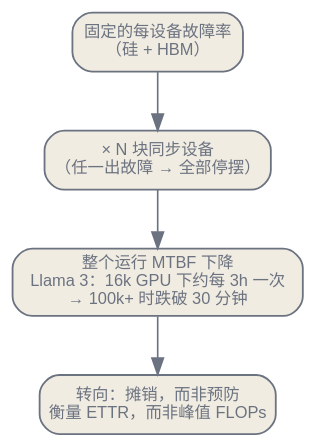
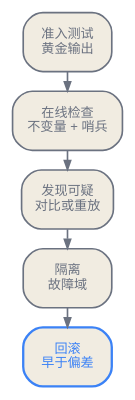
One commit to latere-ai/ai-as-an-infrastructure changed the fourth of 5 diagrams in zh/infrastructure/08-the-machine-that-breaks.qmd. Above: the diagram before and after it, drawn with Graphviz. The commit also changed other lines of this file and 1 other file, not shown here.

````diff
--- a/zh/infrastructure/08-the-machine-that-breaks.qmd
+++ b/zh/infrastructure/08-the-machine-that-breaks.qmd
@@ -13,17 +189,16 @@
 ```{dot}
-//| label: fig-machine-mtbf
-//| fig-cap: "为什么稳态就是故障。一个固定的每设备故障率，乘上一个 N 块设备的同步运行，把整个运行的平均无故障时间压到恢复时间以下，于是纪律从预防故障转向摊销故障。Llama 3 405B 运行是公开的锚点。"
+//| label: fig-machine-sdc
+//| fig-cap: "静默损坏的处理路径需要可信对照和回滚边界。只做监控，无法定位第一个被损坏的状态。"
 digraph {
-  bgcolor="transparent";
-  rankdir=TB;
-  nodesep=0.4; ranksep=0.5;
-  node [shape=box, style="rounded,filled", fontname="Helvetica", fontsize=10, color="#6b7280", fontcolor="#6b7280", fillcolor="#f1ece1", penwidth=1.1];
-  edge [fontsize=10, fontname="Helvetica", color="#6b7280", fontcolor="#6b7280"];
-
-  dev [label="固定的每设备故障率\n（硅 + HBM）"];
-  n [label="× N 块同步设备\n（任一出故障 → 全部停摆）"];
-  mtbf [label="整个运行 MTBF 下降\nLlama 3：16k GPU 下约每 3h 一次\n→ 100k+ 时跌破 30 分钟"];
-  pivot [label="转向：摊销，而非预防\n衡量 ETTR，而非峰值 FLOPs"];
-  dev -> n -> mtbf -> pivot;
+  bgcolor="transparent"; rankdir=TB;
+  nodesep=0.13; ranksep=0.17;
+  node [shape=box, style="rounded,filled", fontname="Helvetica", fontsize=8, margin="0.10,0.06", color="#6b7280", fontcolor="#6b7280", fillcolor="#f1ece1"];
+  edge [color="#6b7280", arrowsize=0.55];
+  admit [label="准入测试\n黄金输出"];
+  watch [label="在线检查\n不变量 + 哨兵"];
+  compare [label="发现可疑\n对比或重放"];
+  quarantine [label="隔离\n故障域"];
+  rollback [label="回滚\n早于偏差", color="#3b82f6", fontcolor="#3b82f6", penwidth=1.4];
+  admit -> watch -> compare -> quarantine -> rollback;
 }
 ```
````
